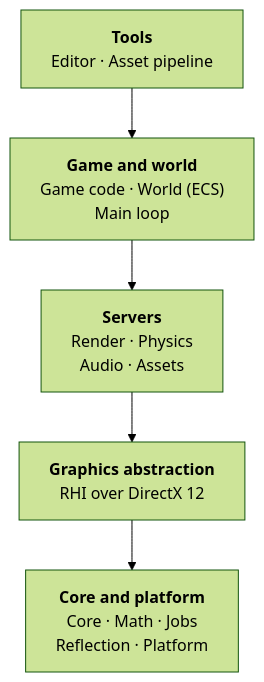
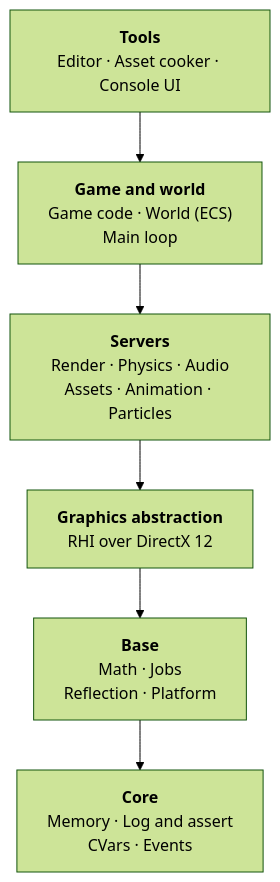
One commit to diogopcv/AuroraEngine changed the diagram in README.md. Above: the diagram before and after it, drawn with Mermaid (forest theme). The commit also changed other lines of this file and 3 other files, not shown here.

````diff
--- a/README.md
+++ b/README.md
@@ -142,9 +161,10 @@
 ```mermaid
 flowchart TB
-    tools["<b>Tools</b><br/>Editor · Asset pipeline"]
+    tools["<b>Tools</b><br/>Editor · Asset cooker · Console UI"]
     game["<b>Game and world</b><br/>Game code · World (ECS)<br/>Main loop"]
-    servers["<b>Servers</b><br/>Render · Physics<br/>Audio · Assets"]
+    servers["<b>Servers</b><br/>Render · Physics · Audio<br/>Assets · Animation · Particles"]
     gfx["<b>Graphics abstraction</b><br/>RHI over DirectX 12"]
-    base["<b>Core and platform</b><br/>Core · Math · Jobs<br/>Reflection · Platform"]
-    tools --> game --> servers --> gfx --> base
+    base["<b>Base</b><br/>Math · Jobs<br/>Reflection · Platform"]
+    core["<b>Core</b><br/>Memory · Log and assert<br/>CVars · Events"]
+    tools --> game --> servers --> gfx --> base --> core
 ```
````
